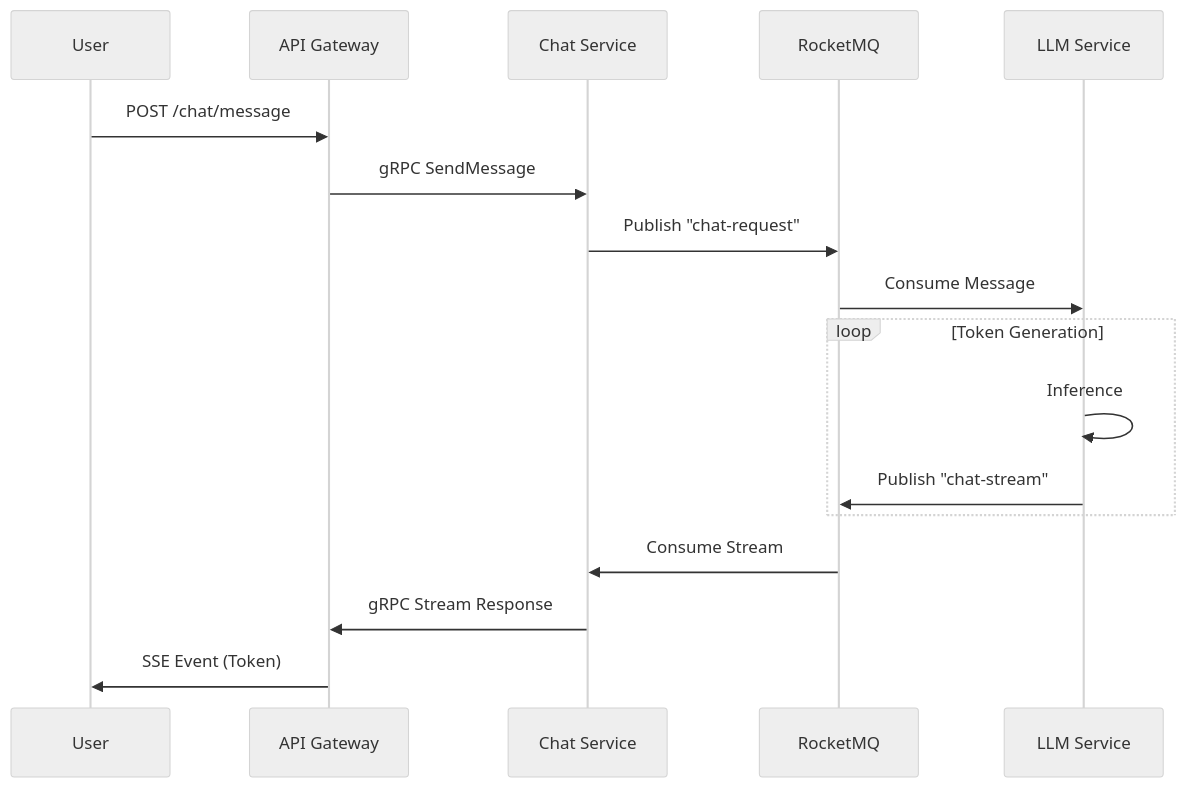
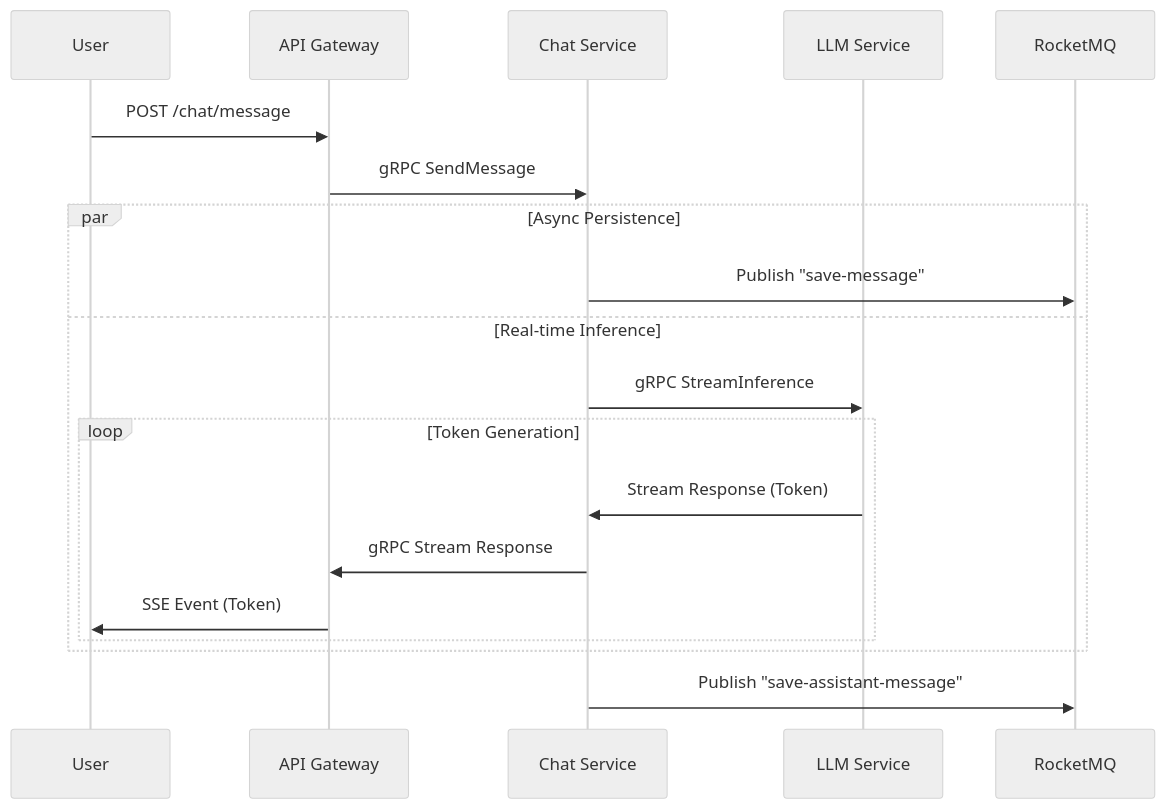
Before and after one commit to Einspanner123/free-chat: the second of 2 diagrams in README.md, drawn with Mermaid (neutral theme). The commit also changed other lines of this file and 1 other file, not shown here.

Commit message:
Fix structures descriptions of README.md

````diff
--- a/README.md
+++ b/README.md
@@ -41,22 +40,27 @@
 ```mermaid
 sequenceDiagram
     participant U as User
     participant G as API Gateway
     participant C as Chat Service
+    participant L as LLM Service
     participant M as RocketMQ
-    participant L as LLM Service
     
     U->>G: POST /chat/message
     G->>C: gRPC SendMessage
-    C->>M: Publish "chat-request"
-    M->>L: Consume Message
     
-    loop Token Generation
-        L->>L: Inference
-        L->>M: Publish "chat-stream"
+    %% Async Persistence
+    par Async Persistence
+        C->>M: Publish "save-message"
+    and Real-time Inference
+        C->>L: gRPC StreamInference
+        
+        loop Token Generation
+            L->>C: Stream Response (Token)
+            C->>G: gRPC Stream Response
+            G->>U: SSE Event (Token)
+        end
     end
     
-    M->>C: Consume Stream
-    C->>G: gRPC Stream Response
-    G->>U: SSE Event (Token)
+    %% Final Save
+    C->>M: Publish "save-assistant-message"
 ```
````
